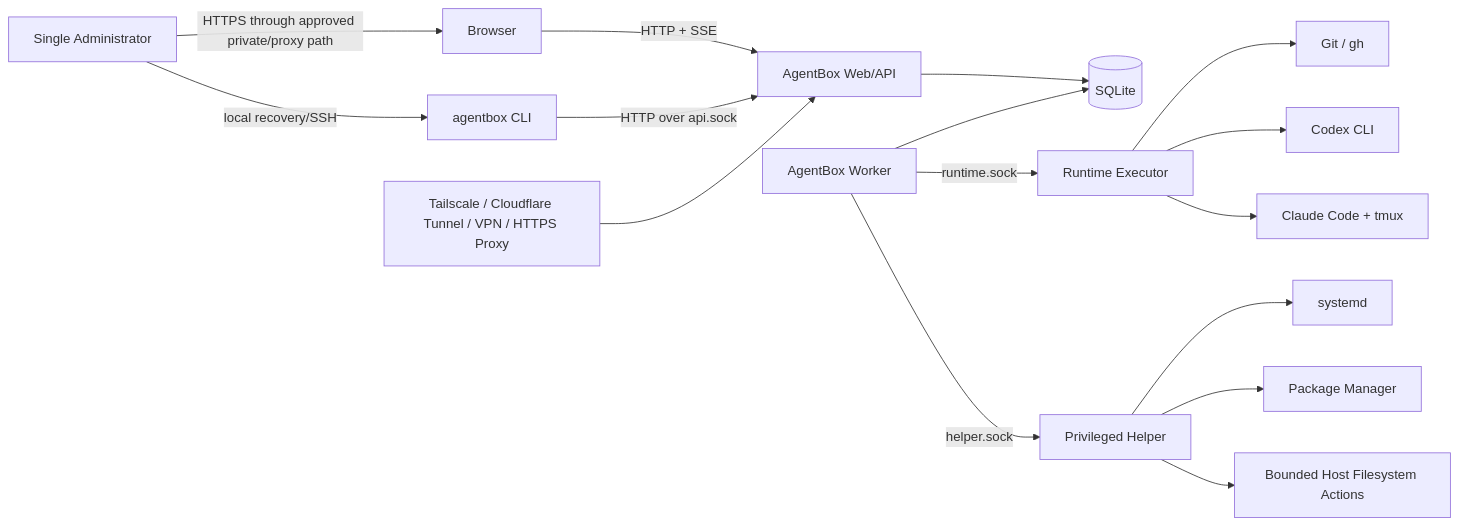
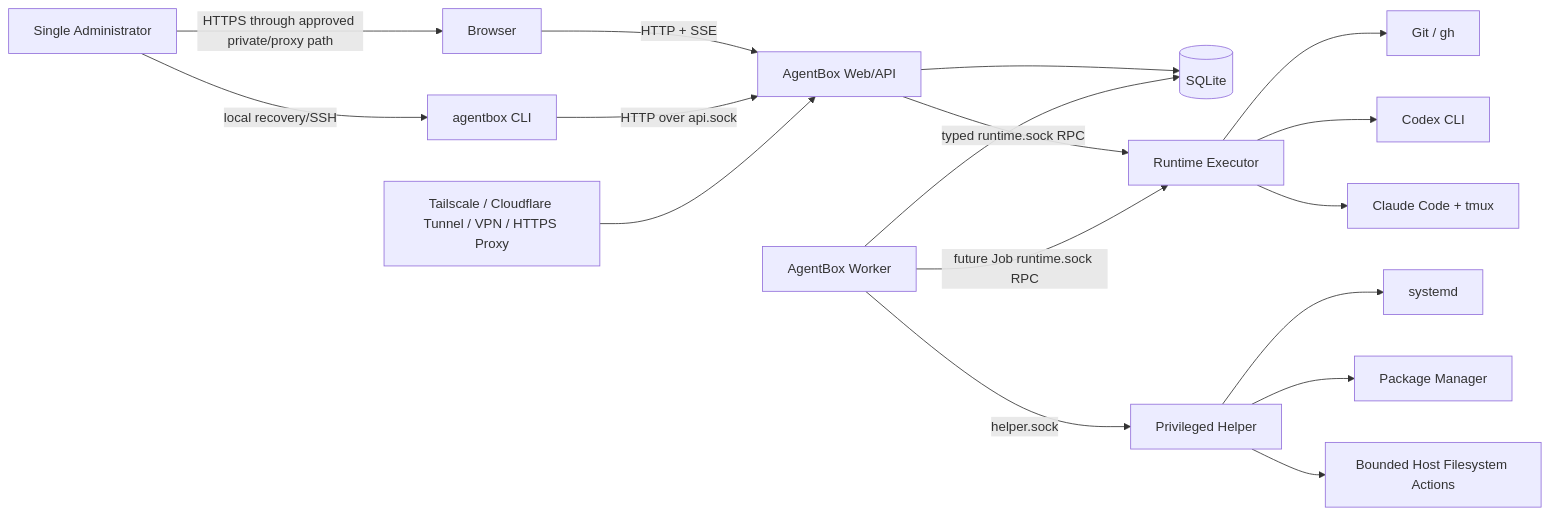
The first of 5 diagrams in docs/ARCHITECTURE.md (ForceMind/agentbox), drawn with Mermaid before and after one commit. The commit also changed other lines of this file and 11 other files, not shown here.

````diff
--- a/docs/ARCHITECTURE.md
+++ b/docs/ARCHITECTURE.md
@@ -80,18 +108,19 @@
 ```mermaid
 flowchart LR
     Admin[Single Administrator] -->|HTTPS through approved private/proxy path| Browser[Browser]
     Admin -->|local recovery/SSH| CLI[agentbox CLI]
     Browser -->|HTTP + SSE| API[AgentBox Web/API]
     CLI -->|HTTP over api.sock| API
     API --> DB[(SQLite)]
+    API -->|typed runtime.sock RPC| Runtime[Runtime Executor]
     Worker[AgentBox Worker] --> DB
-    Worker -->|runtime.sock| Runtime[Runtime Executor]
+    Worker -->|future Job runtime.sock RPC| Runtime
     Worker -->|helper.sock| Helper[Privileged Helper]
     Runtime --> Git[Git / gh]
     Runtime --> Codex[Codex CLI]
     Runtime --> Claude[Claude Code + tmux]
     Helper --> Systemd[systemd]
     Helper --> Packages[Package Manager]
     Helper --> HostFS[Bounded Host Filesystem Actions]
     Proxy[Tailscale / Cloudflare Tunnel / VPN / HTTPS Proxy] --> API
 ```
````
